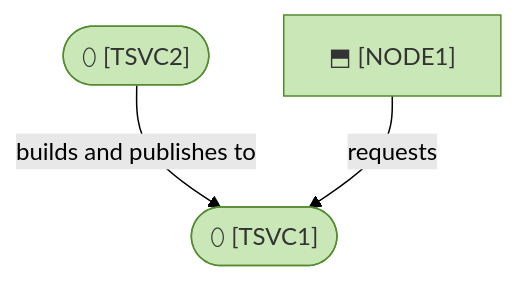
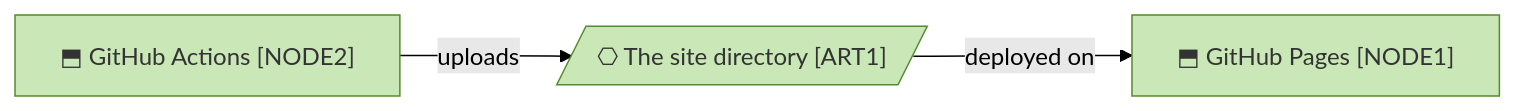
One commit to roanboc/architecture-archreator changed the diagram in product-archreator/site/architecture/5_technology/README.md. Above: the diagram before and after it, drawn with Mermaid (forest theme). The commit also changed other lines of this file and 15 other files, not shown here.

````diff
--- a/product-archreator/site/architecture/5_technology/README.md
+++ b/product-archreator/site/architecture/5_technology/README.md
@@ -31,11 +26,11 @@
 ```mermaid
-flowchart TB
-  runtime["⬒ <Where it runs> [NODE1]"]:::technology
-  hosting(["⬯ <Hosting/platform> [TSVC1]"]):::technology
-  ci(["⬯ <CI/CD> [TSVC2]"]):::technology
+flowchart LR
+  node2["⬒ GitHub Actions [NODE2]"]:::technology
+  node1["⬒ GitHub Pages [NODE1]"]:::technology
+  art1[/"⎔ The site directory [ART1]"/]:::technology
 
-  ci -->|builds and publishes to| hosting
-  runtime -->|requests| hosting
+  node2 -->|uploads| art1
+  art1 -->|deployed on| node1
 
   classDef technology fill:#c9e7b7,stroke:#558b2f,color:#333
 ```
````
